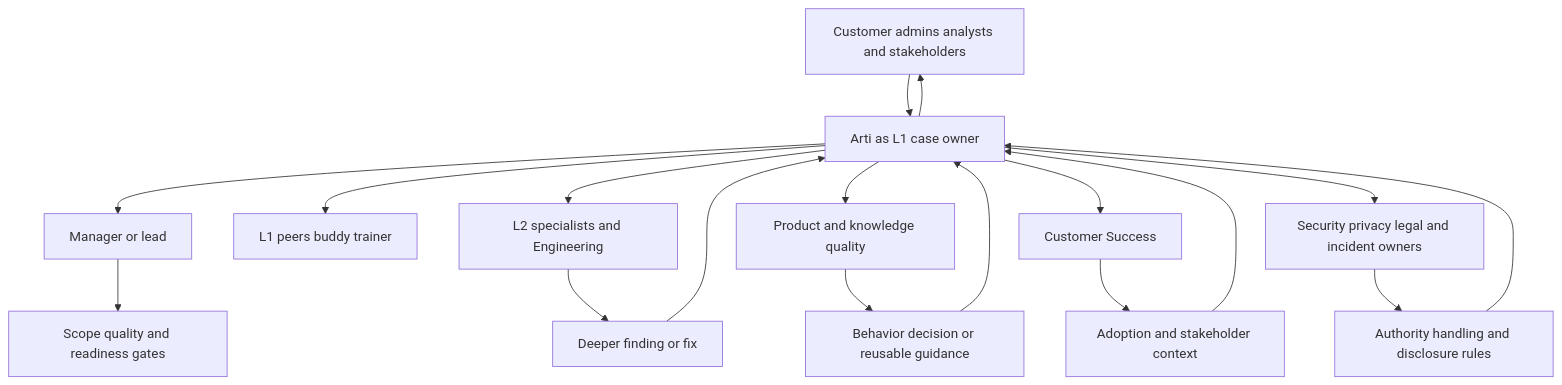
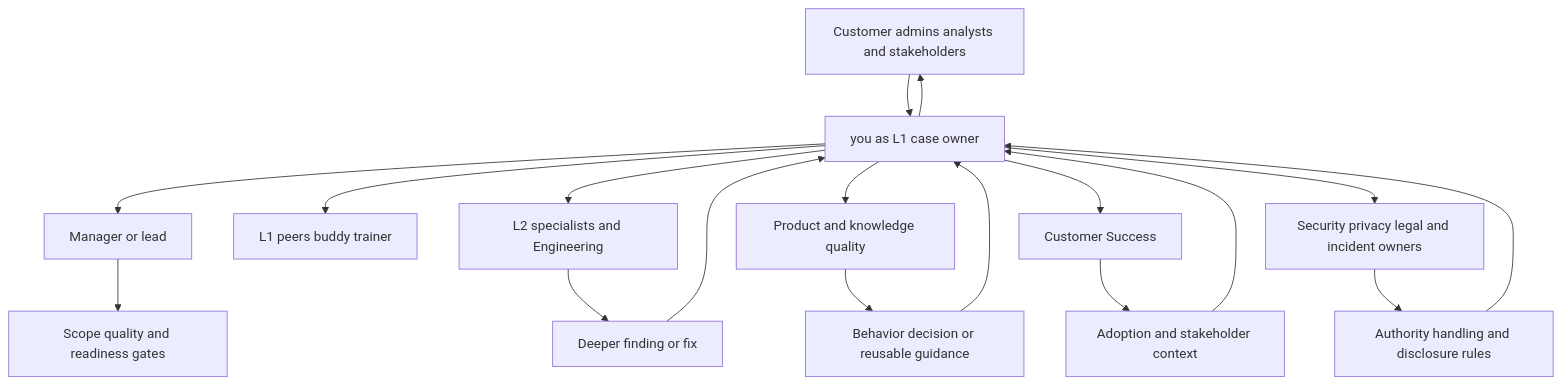
The second of 5 diagrams in AbnormalAI TSE/prep/Appendix-K-30-60-90-day-ramp-plan.md (hichauhan-in/Interview-Prep), drawn with Mermaid before and after one commit. The commit also changed other lines of this file and 493 other files, not shown here.

````diff
--- a/AbnormalAI TSE/prep/Appendix-K-30-60-90-day-ramp-plan.md
+++ b/AbnormalAI TSE/prep/Appendix-K-30-60-90-day-ramp-plan.md
@@ -91,20 +91,20 @@
 ```mermaid
 flowchart TD
-    Customer[Customer admins analysts and stakeholders] --> L1[Arti as L1 case owner]
+    Customer[Customer admins analysts and stakeholders] --> L1[you as L1 case owner]
     L1 --> Manager[Manager or lead]
     L1 --> Peers[L1 peers buddy trainer]
     L1 --> Deep[L2 specialists and Engineering]
     L1 --> Product[Product and knowledge quality]
     L1 --> CSM[Customer Success]
     L1 --> Guard[Security privacy legal and incident owners]
     Manager --> Gate[Scope quality and readiness gates]
     Deep --> Evidence[Deeper finding or fix]
     Product --> Guidance[Behavior decision or reusable guidance]
     CSM --> Context[Adoption and stakeholder context]
     Guard --> Rules[Authority handling and disclosure rules]
     Evidence --> L1
     Guidance --> L1
     Context --> L1
     Rules --> L1
     L1 --> Customer
 ```
````
